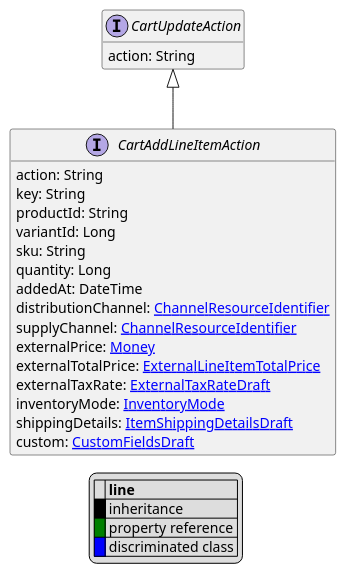
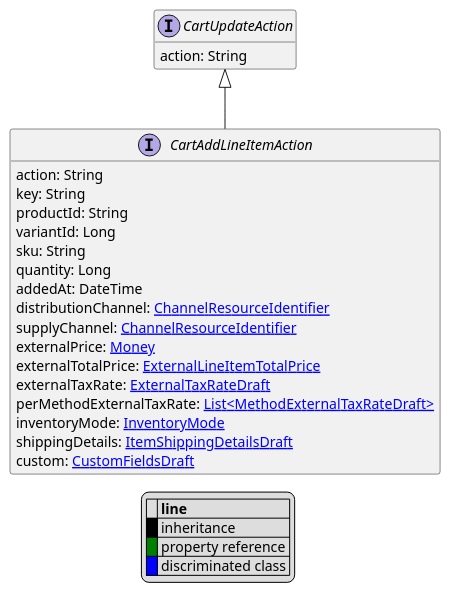
One commit to commercetools/commercetools-api-reference changed the diagram in uml/api/CartAddLineItemAction.puml. Above: the diagram before and after it, drawn with PlantUML. The commit also changed 20 other files, not shown here.

```diff
--- a/uml/api/CartAddLineItemAction.puml
+++ b/uml/api/CartAddLineItemAction.puml
@@ -1,36 +1,37 @@
 @startuml
 
 hide empty fields
 hide empty methods
 legend
 |= |= line |
 |<back:black>   </back>| inheritance |
 |<back:green>   </back>| property reference |
 |<back:blue>   </back>| discriminated class |
 endlegend
 interface CartAddLineItemAction [[CartAddLineItemAction.svg]] extends CartUpdateAction {
     action: String
     key: String
     productId: String
     variantId: Long
     sku: String
     quantity: Long
     addedAt: DateTime
     distributionChannel: [[ChannelResourceIdentifier.svg ChannelResourceIdentifier]]
     supplyChannel: [[ChannelResourceIdentifier.svg ChannelResourceIdentifier]]
     externalPrice: [[Money.svg Money]]
     externalTotalPrice: [[ExternalLineItemTotalPrice.svg ExternalLineItemTotalPrice]]
     externalTaxRate: [[ExternalTaxRateDraft.svg ExternalTaxRateDraft]]
+    perMethodExternalTaxRate: [[MethodExternalTaxRateDraft.svg List<MethodExternalTaxRateDraft>]]
     inventoryMode: [[InventoryMode.svg InventoryMode]]
     shippingDetails: [[ItemShippingDetailsDraft.svg ItemShippingDetailsDraft]]
     custom: [[CustomFieldsDraft.svg CustomFieldsDraft]]
 }
 interface CartUpdateAction [[CartUpdateAction.svg]]  {
     action: String
 }
 
 
 
 
 
 @enduml
```
